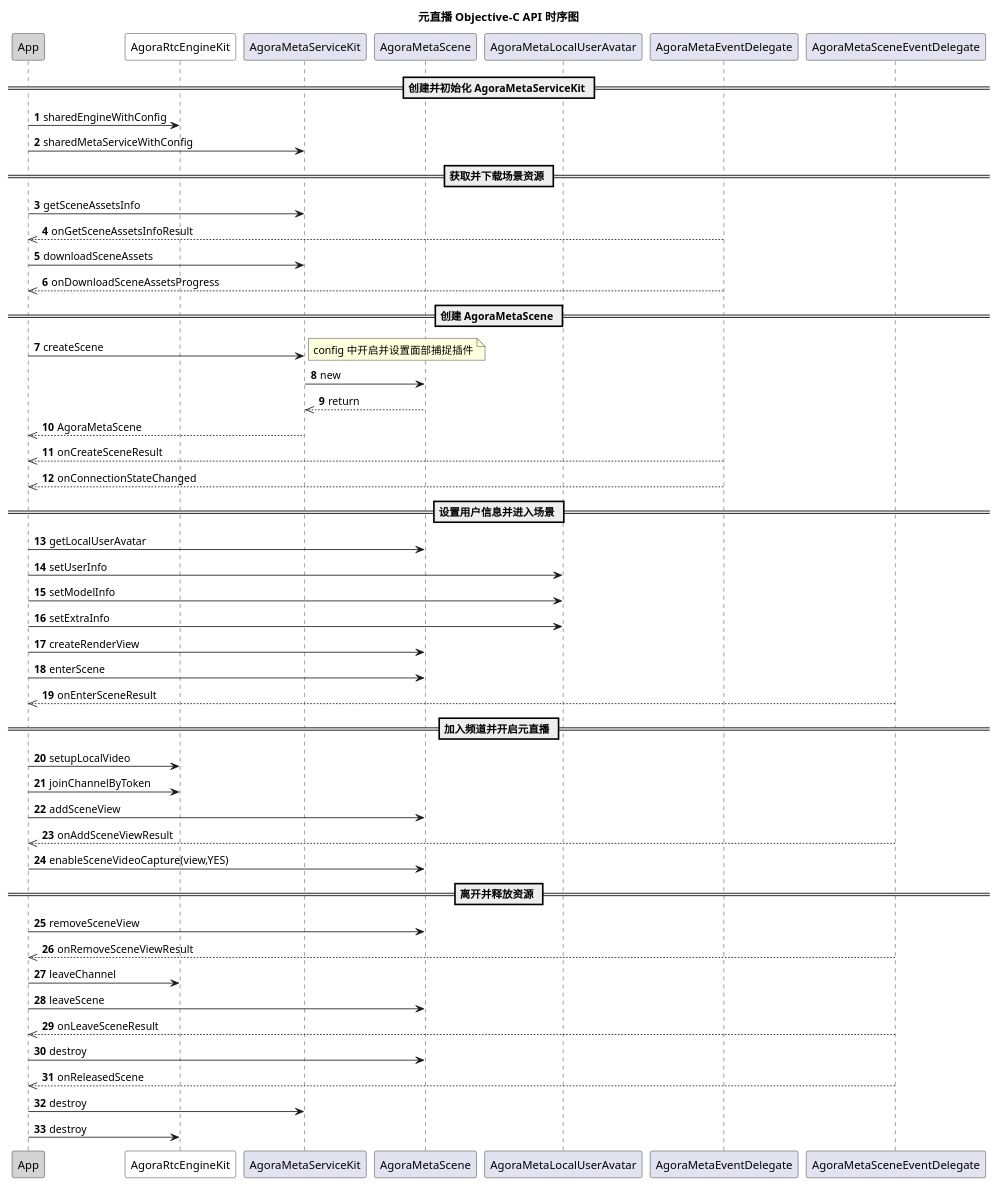
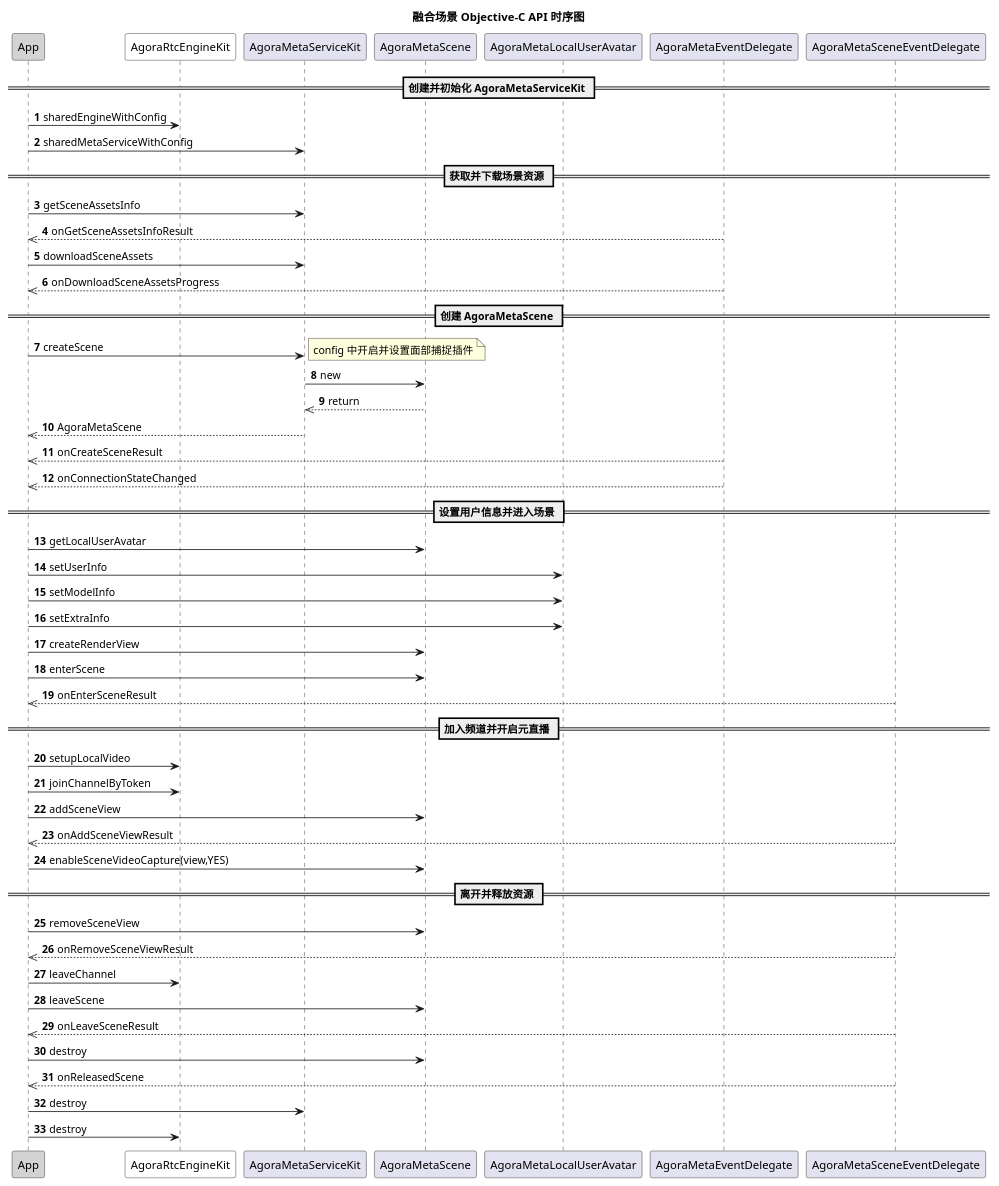
The diagram in markdown/metaworld/pic/ios_mixed_api.wsd (AgoraIO/agora_doc_source), drawn with PlantUML before and after one commit. The commit also changed 3 other files, not shown here.

```diff
--- a/markdown/metaworld/pic/ios_mixed_api.wsd
+++ b/markdown/metaworld/pic/ios_mixed_api.wsd
@@ -1,53 +1,53 @@
 @startuml
 autonumber
-title 元直播 Objective-C API 时序图
+title 融合场景 Objective-C API 时序图
 participant "App" as app #LightGrey
 participant "AgoraRtcEngineKit" as rtc #White
 participant "AgoraMetaServiceKit" as service
 participant "AgoraMetaScene" as scene
 participant "AgoraMetaLocalUserAvatar" as avatar
 participant "AgoraMetaEventDelegate" as serviceevent
 participant "AgoraMetaSceneEventDelegate" as sceneevent
 == 创建并初始化 AgoraMetaServiceKit ==
 app -> rtc: sharedEngineWithConfig
 app -> service: sharedMetaServiceWithConfig
 == 获取并下载场景资源 ==
 app -> service: getSceneAssetsInfo
 serviceevent -->> app: onGetSceneAssetsInfoResult
 app -> service: downloadSceneAssets
 serviceevent -->> app: onDownloadSceneAssetsProgress
 == 创建 AgoraMetaScene ==
 app -> service: createScene
 note right
 config 中开启并设置面部捕捉插件
 end note
 service -> scene: new
 scene -->> service: return
 service -->> app: AgoraMetaScene
 serviceevent -->> app: onCreateSceneResult
 serviceevent -->> app: onConnectionStateChanged
 == 设置用户信息并进入场景 ==
 app -> scene: getLocalUserAvatar
 app -> avatar: setUserInfo
 app -> avatar: setModelInfo
 app -> avatar: setExtraInfo
 app -> scene: createRenderView
 app -> scene: enterScene
 sceneevent -->> app: onEnterSceneResult
 == 加入频道并开启元直播 ==
 app -> rtc: setupLocalVideo
 app -> rtc: joinChannelByToken
 app -> scene: addSceneView
 sceneevent -->> app: onAddSceneViewResult
 app -> scene: enableSceneVideoCapture(view,YES)
 == 离开并释放资源 ==
 app -> scene: removeSceneView
 sceneevent -->> app: onRemoveSceneViewResult
 app -> rtc: leaveChannel
 app -> scene: leaveScene
 sceneevent -->> app: onLeaveSceneResult
 app -> scene: destroy
 sceneevent -->> app: onReleasedScene
 app -> service: destroy
 app -> rtc: destroy
 @enduml
```
